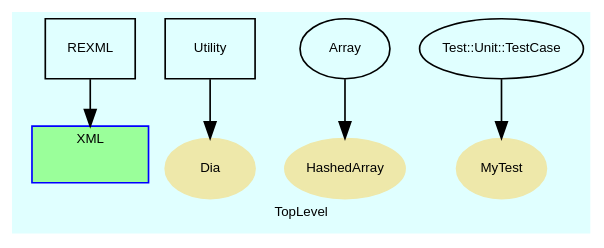
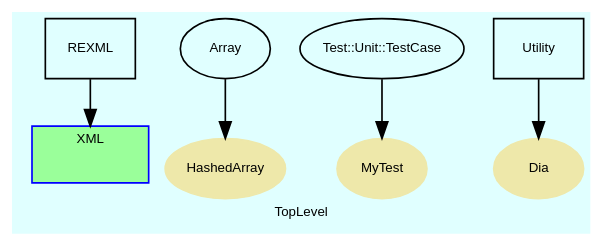
Before and after one commit to noda50/RubyItk: the diagram in doc/dot/f_1.dot, drawn with Graphviz. The commit also changed 229 other files, not shown here.

```diff
--- a/doc/dot/f_1.dot
+++ b/doc/dot/f_1.dot
@@ -1,94 +1,94 @@
 digraph TopLevel {
+    fontname = Arial
+    bgcolor = lightcyan1
     label = "TopLevel"
-    bgcolor = lightcyan1
     fontsize = 8
-    fontname = Arial
     compound = true
     node [
+        fontname = Arial,
         fontsize = 8,
-        color = black,
-        fontname = Arial
+        color = black
     ]
 
     subgraph cluster_XML {
-        label = "XML"
-        style = filled
-        URL = "classes/XML.html"
-        color = blue
         fontname = Arial
         fillcolor = palegreen1
+        URL = "classes/XML.html"
+        style = filled
+        label = "XML"
+        color = blue
         XML [
             width = 0.75,
             shape = plaintext,
             height = 0.01,
             label = ""
         ]
 
     }
 
     REXML [
         URL = "classes/REXML.html",
         shape = box,
         label = "REXML"
     ]
 
     REXML -> XML [
         lhead = cluster_XML
     ]
 
-    Dia [
+    HashedArray [
+        URL = "classes/HashedArray.html",
         style = filled,
-        URL = "classes/Dia.html",
+        fontcolor = black,
         color = palegoldenrod,
         shape = ellipse,
-        fontcolor = black,
-        label = "Dia"
-    ]
-
-    HashedArray [
-        style = filled,
-        URL = "classes/HashedArray.html",
-        color = palegoldenrod,
-        shape = ellipse,
-        fontcolor = black,
         label = "HashedArray"
     ]
 
     MyTest [
+        URL = "classes/MyTest.html",
         style = filled,
-        URL = "classes/MyTest.html",
+        fontcolor = black,
         color = palegoldenrod,
         shape = ellipse,
-        fontcolor = black,
         label = "MyTest"
     ]
 
-    Utility [
-        URL = "classes/Utility.html",
-        shape = box,
-        label = "Utility"
-    ]
-
-    Utility -> Dia [
-
+    Dia [
+        URL = "classes/Dia.html",
+        style = filled,
+        fontcolor = black,
+        color = palegoldenrod,
+        shape = ellipse,
+        label = "Dia"
     ]
 
     Array [
         URL = "classes/Array.html",
         label = "Array"
     ]
 
     Array -> HashedArray [
 
     ]
 
     Test__Unit__TestCase [
         URL = "classes/Test/Unit/TestCase.html",
         label = "Test::Unit::TestCase"
     ]
 
     Test__Unit__TestCase -> MyTest [
 
     ]
 
+    Utility [
+        URL = "classes/Utility.html",
+        shape = box,
+        label = "Utility"
+    ]
+
+    Utility -> Dia [
+
+    ]
+
 }
```
